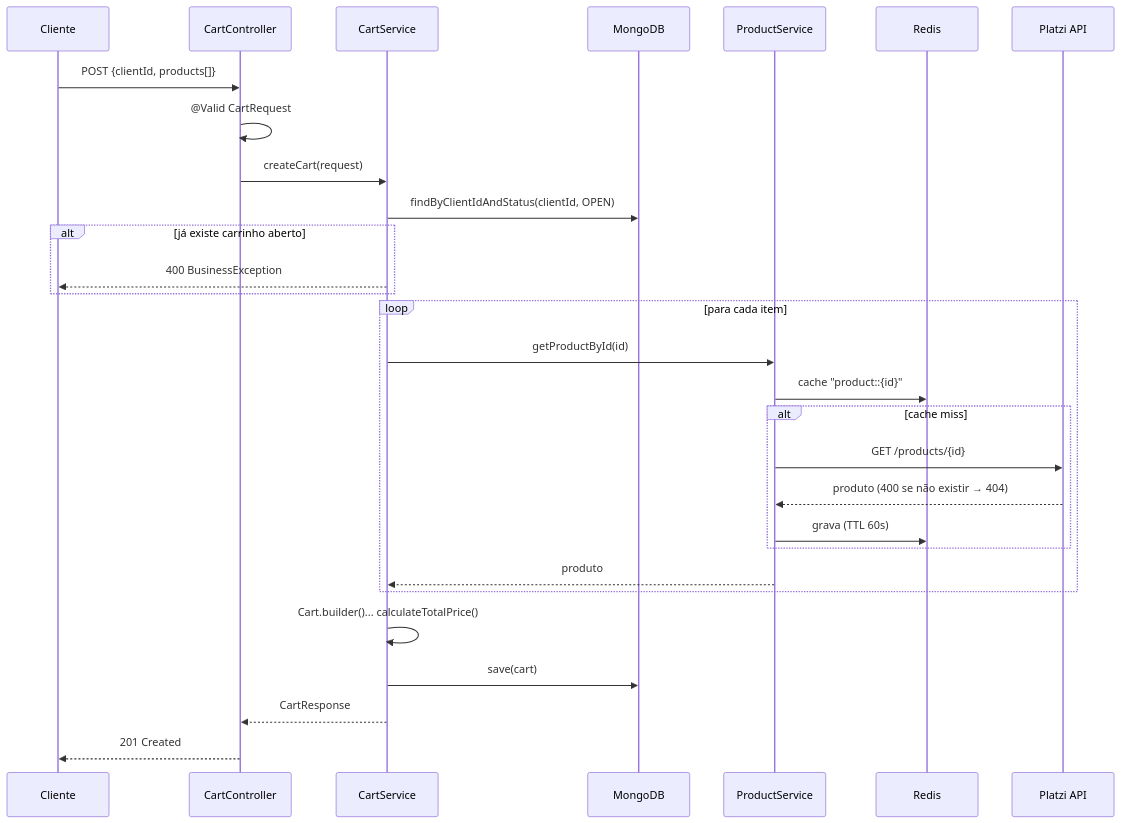
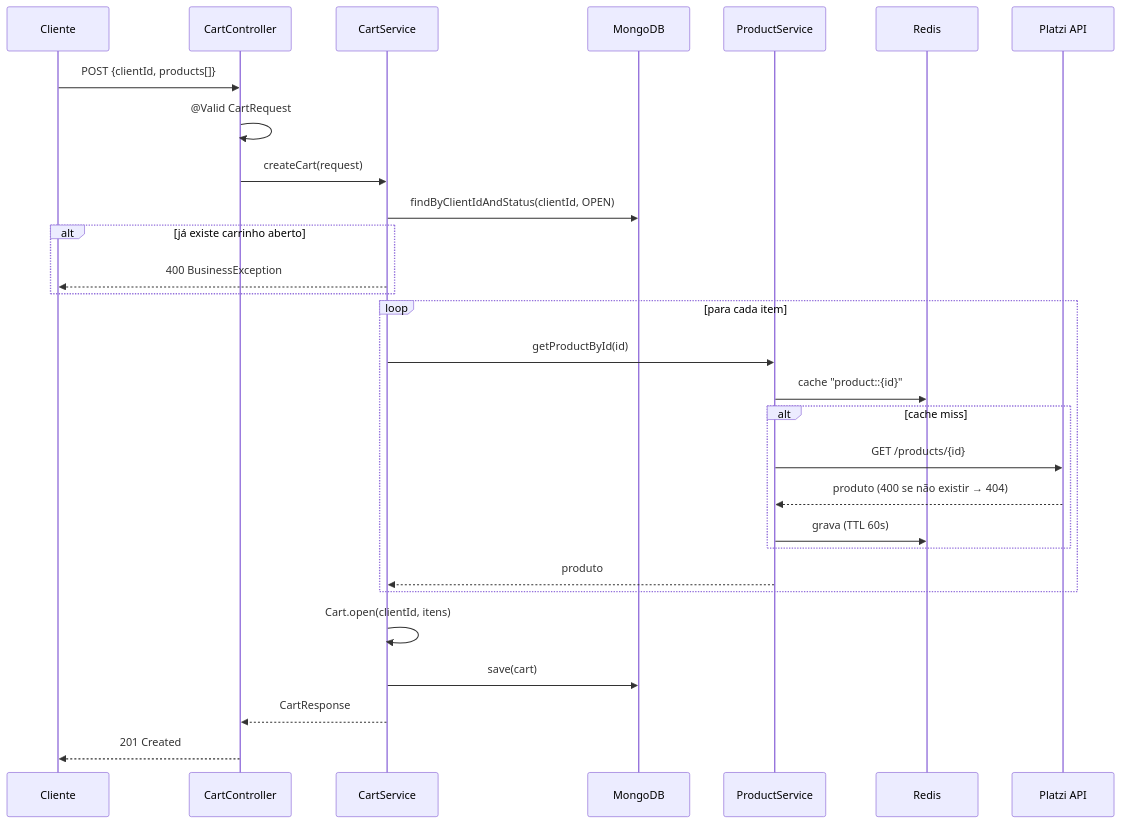
Before and after one commit to CarlosLonghi/API-ExpressCart: the fourth of 4 diagrams in docs/ARCHITECTURE.md, drawn with Mermaid. The commit also changed other lines of this file and 6 other files, not shown here.

````diff
--- a/docs/ARCHITECTURE.md
+++ b/docs/ARCHITECTURE.md
@@ -126,32 +135,32 @@
 ```mermaid
 sequenceDiagram
     participant C as Cliente
     participant CC as CartController
     participant CS as CartService
     participant DB as MongoDB
     participant PS as ProductService
     participant R as Redis
     participant P as Platzi API
 
     C->>CC: POST {clientId, products[]}
     CC->>CC: @Valid CartRequest
     CC->>CS: createCart(request)
     CS->>DB: findByClientIdAndStatus(clientId, OPEN)
     alt já existe carrinho aberto
         CS-->>C: 400 BusinessException
     end
     loop para cada item
         CS->>PS: getProductById(id)
         PS->>R: cache "product::{id}"
         alt cache miss
             PS->>P: GET /products/{id}
             P-->>PS: produto (400 se não existir → 404)
             PS->>R: grava (TTL 60s)
         end
         PS-->>CS: produto
     end
-    CS->>CS: Cart.builder()... calculateTotalPrice()
+    CS->>CS: Cart.open(clientId, itens)
     CS->>DB: save(cart)
     CS-->>CC: CartResponse
     CC-->>C: 201 Created
 ```
````
